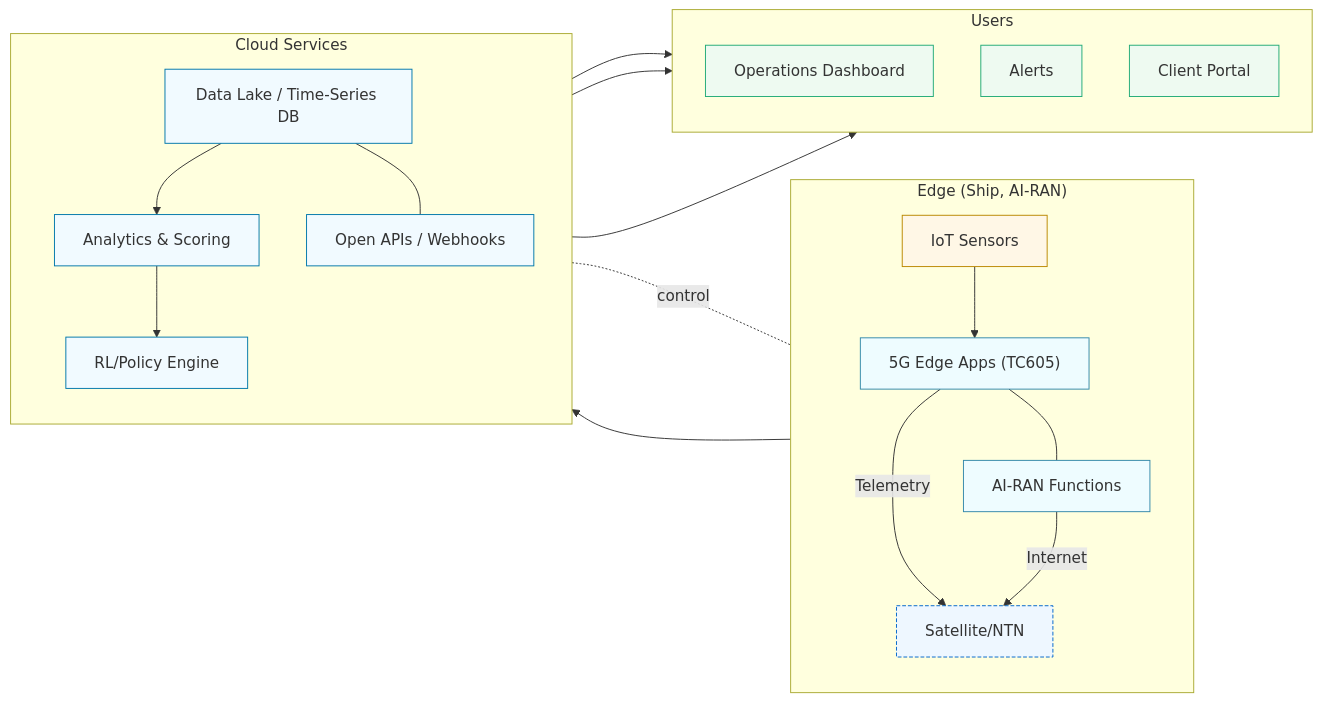
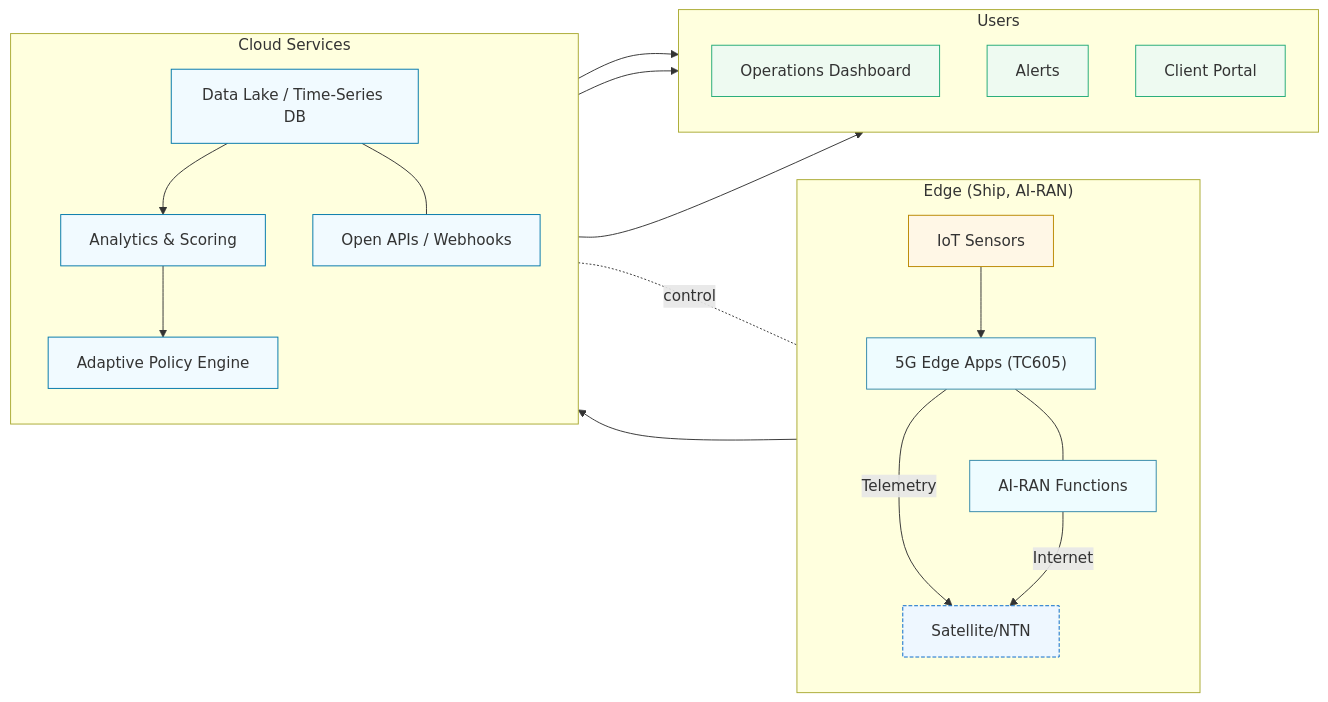
Before and after one commit to jshuo/ai-moea-proposal: the second of 2 diagrams in proposal/AI應用躍昇計畫-計畫書-提交版.md, drawn with Mermaid. The commit also changed other lines of this file, not shown here.

`````diff
--- a/proposal/AI應用躍昇計畫-計畫書-提交版.md
+++ b/proposal/AI應用躍昇計畫-計畫書-提交版.md
@@ -649,48 +679,48 @@
 ````mermaid
 
 flowchart LR
   %% High-level architecture
   subgraph Edge["Edge (Ship, AI-RAN)"]
     direction TB
     Sensors["IoT Sensors"]:::sensor
     EdgeApps["5G Edge Apps (TC605)"]:::edge
     AIRAN["AI-RAN Functions"]:::edge
     NTN["Satellite/NTN"]:::link
     Sensors --> EdgeApps
   end
 
-  subgraph Cloud["Cloud Services"]
+   subgraph Cloud["Cloud Services"]
     direction TB
     DL["Data Lake / Time-Series DB"]:::cloud
     Analytics["Analytics & Scoring"]:::cloud
-    Policy["RL/Policy Engine"]:::cloud
+   Policy["Adaptive Policy Engine"]:::cloud
     API["Open APIs / Webhooks"]:::cloud
     DL --> Analytics --> Policy
     DL --- API
   end
 
   subgraph Users["Users"]
     direction TB
     Ops["Operations Dashboard"]:::ui
     Alerts["Alerts"]:::ui
     Client["Client Portal"]:::ui
   end
 
   EdgeApps -->|Telemetry| NTN
   AIRAN -->|Internet| NTN
   EdgeApps --- AIRAN
   NTN --> DL
   DL --> Ops
   Analytics --> Alerts
   API --> Client
   Policy -. control .- NTN
 
   classDef sensor fill:#fff7e6,stroke:#b80,stroke-width:1px;
   classDef edge fill:#eefcff,stroke:#38a,stroke-width:1px;
   classDef link fill:#eef7ff,stroke:#06c,stroke-width:1px,stroke-dasharray: 4 2;
   classDef cloud fill:#f1faff,stroke:#07a,stroke-width:1px;
   classDef ui fill:#eefaf1,stroke:#2a7,stroke-width:1px;
 
 
 
 ````
`````
